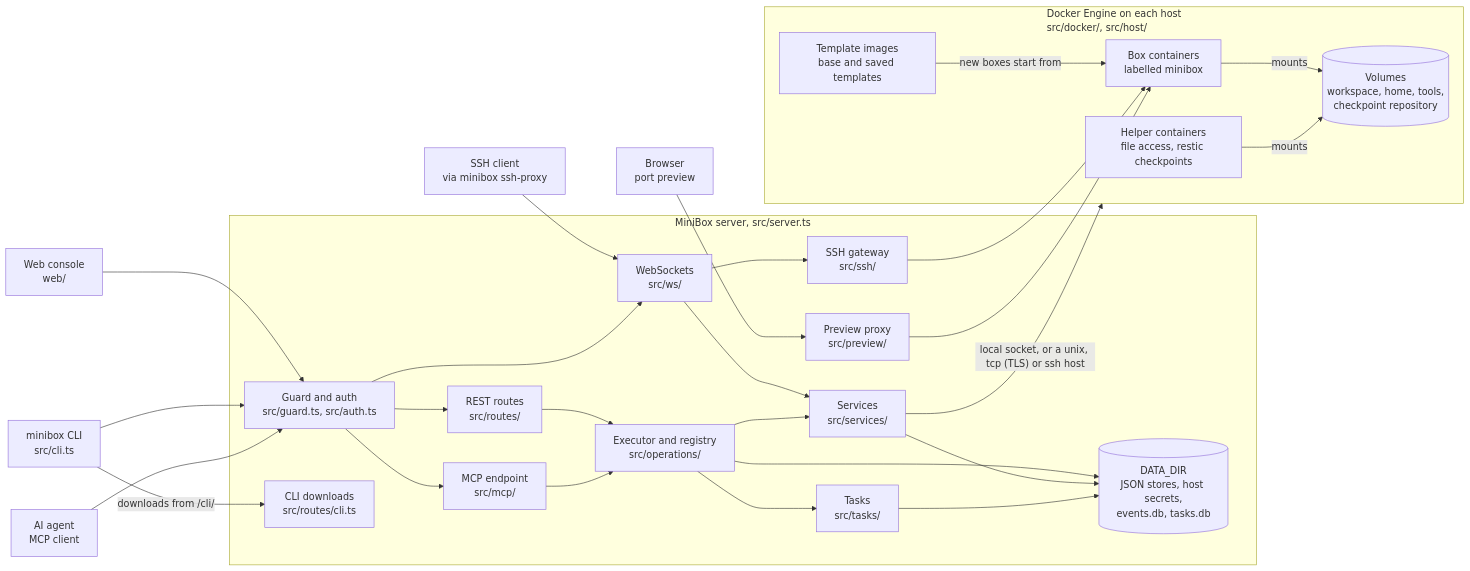
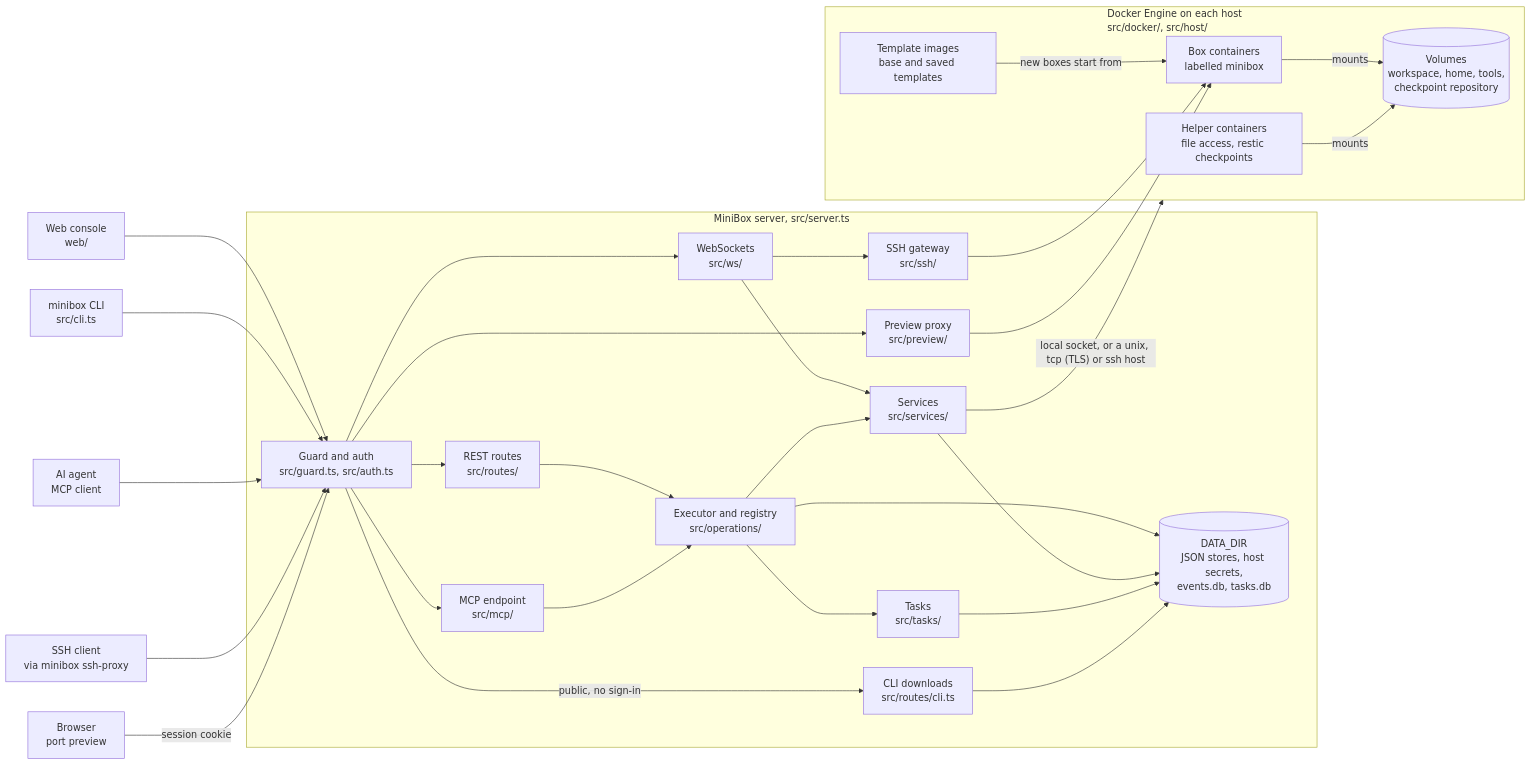
The diagram in docs/architecture.md (ArnoChenFx/minibox), drawn with Mermaid before and after one commit. The commit also changed other lines of this file and 20 other files, not shown here.

````diff
--- a/docs/architecture.md
+++ b/docs/architecture.md
@@ -5,54 +5,56 @@
 ```mermaid
 flowchart LR
   console["Web console<br/>web/"]
   cli["minibox CLI<br/>src/cli.ts"]
   agent["AI agent<br/>MCP client"]
   sshclient["SSH client<br/>via minibox ssh-proxy"]
   viewer["Browser<br/>port preview"]
 
   subgraph server["MiniBox server, src/server.ts"]
     guard["Guard and auth<br/>src/guard.ts, src/auth.ts"]
     routes["REST routes<br/>src/routes/"]
     mcp["MCP endpoint<br/>src/mcp/"]
     ws["WebSockets<br/>src/ws/"]
     downloads["CLI downloads<br/>src/routes/cli.ts"]
     executor["Executor and registry<br/>src/operations/"]
     services["Services<br/>src/services/"]
     tasks["Tasks<br/>src/tasks/"]
     sshgw["SSH gateway<br/>src/ssh/"]
     preview["Preview proxy<br/>src/preview/"]
     data[("DATA_DIR<br/>JSON stores, host secrets,<br/>events.db, tasks.db")]
   end
 
   subgraph engines["Docker Engine on each host<br/>src/docker/, src/host/"]
     boxes["Box containers<br/>labelled minibox"]
     helpers["Helper containers<br/>file access, restic checkpoints"]
     volumes[("Volumes<br/>workspace, home, tools,<br/>checkpoint repository")]
     images["Template images<br/>base and saved templates"]
   end
 
   console --> guard
   cli --> guard
-  cli -->|"downloads from /cli/"| downloads
   agent --> guard
-  sshclient --> ws
-  viewer --> preview
+  sshclient --> guard
+  viewer -->|"session cookie"| guard
   guard --> routes
   guard --> mcp
   guard --> ws
+  guard -->|"public, no sign-in"| downloads
+  guard --> preview
   routes --> executor
   mcp --> executor
   ws --> services
   ws --> sshgw
   executor --> services
   executor --> tasks
   executor --> data
   services --> data
   tasks --> data
+  downloads --> data
   services -->|"local socket, or a unix, tcp (TLS) or ssh host"| engines
   sshgw --> boxes
   preview --> boxes
   images -->|"new boxes start from"| boxes
   boxes -->|mounts| volumes
   helpers -->|mounts| volumes
 ```
````
